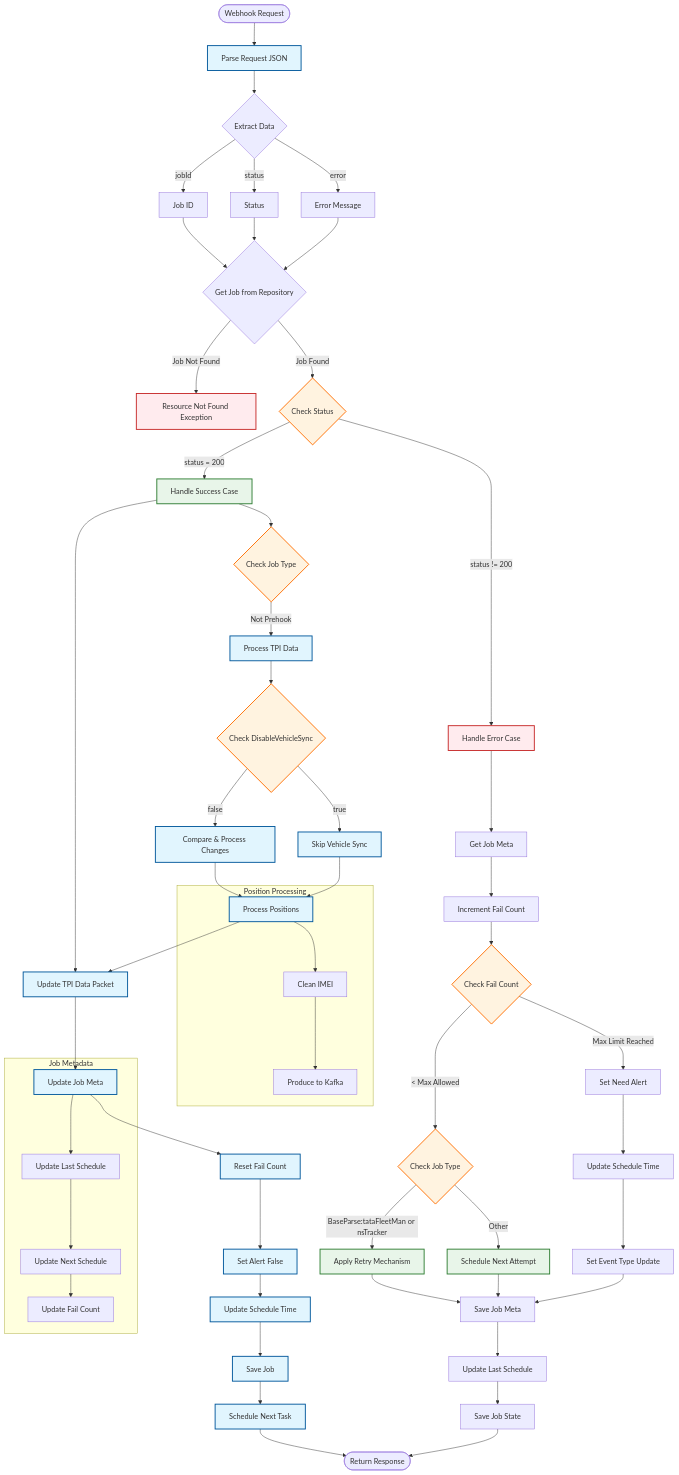
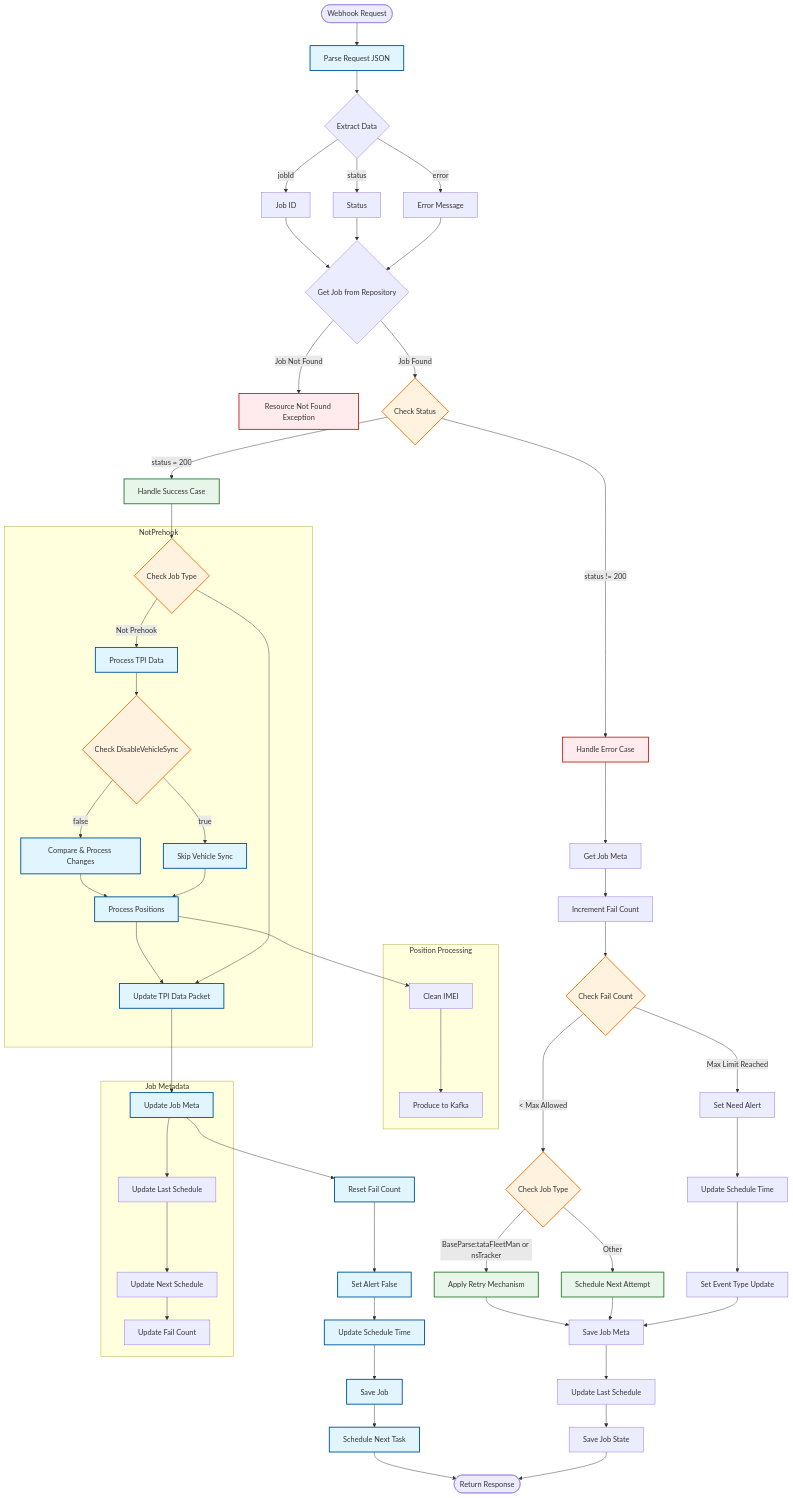
The diagram in TPI/WebhookAPI.mermaid (sahilFretron/myPush), drawn with Mermaid before and after one commit.

```diff
--- a/TPI/WebhookAPI.mermaid
+++ b/TPI/WebhookAPI.mermaid
@@ -1,77 +1,82 @@
 flowchart TD
     Start([Webhook Request]) --> A[Parse Request JSON]
     A --> B{Extract Data}
     B --> |jobId| C[Job ID]
     B --> |status| D[Status]
     B --> |error| E[Error Message]
     
     C & D & E --> F{Get Job from Repository}
     F -->|Job Not Found| G[Resource Not Found Exception]
     
     F -->|Job Found| H{Check Status}
     
     %% Success Flow
     H -->|status = 200| I[Handle Success Case]
     I --> J{Check Job Type}
+    
+    %% Subgraph if Job Type is not Prehook
+    subgraph NotPrehook
+    
     J -->|Not Prehook| K[Process TPI Data]
     
     K --> L{Check DisableVehicleSync}
     L -->|false| M[Compare & Process Changes]
     L -->|true| N[Skip Vehicle Sync]
     
     M & N --> O[Process Positions]
     O --> P[Update TPI Data Packet]
+    end
     
     %% Common Success Steps
-    I --> P
+    J --> P
     P --> Q[Update Job Meta]
     Q --> R[Reset Fail Count]
     R --> S[Set Alert False]
     S --> T[Update Schedule Time]
     T --> U[Save Job]
     U --> V[Schedule Next Task]
     
     %% Error Flow
     H -->|status != 200| W[Handle Error Case]
     W --> X[Get Job Meta]
     X --> Y[Increment Fail Count]
     
     Y --> Z{Check Fail Count}
     Z -->|< Max Allowed| AA{Check Job Type}
     AA -->|BaseParse:tataFleetMan or nsTracker| AB[Apply Retry Mechanism]
     AA -->|Other| AC[Schedule Next Attempt]
     
     Z -->|Max Limit Reached| AD[Set Need Alert]
     AD --> AE[Update Schedule Time]
     AE --> AF[Set Event Type Update]
     
     AB & AC & AF --> AG[Save Job Meta]
     AG --> AH[Update Last Schedule]
     AH --> AI[Save Job State]
     
     %% Final Steps
     V & AI --> End([Return Response])
     
     %% Subgraph for Position Processing
     subgraph Position Processing
         O --> O1[Clean IMEI]
         O1 --> O2[Produce to Kafka]
     end
     
     %% Subgraph for Job Meta Updates
     subgraph Job Metadata
         Q --> Q1[Update Last Schedule]
         Q1 --> Q2[Update Next Schedule]
         Q2 --> Q3[Update Fail Count]
     end
     
     %% Styling
     classDef process fill:#e1f5fe,stroke:#01579b,stroke-width:2px
     classDef decision fill:#fff3e0,stroke:#ff6f00,stroke-width:2px
     classDef error fill:#ffebee,stroke:#c62828,stroke-width:2px
     classDef success fill:#e8f5e9,stroke:#2e7d32,stroke-width:2px
     
     class A,K,M,N,O,P,Q,R,S,T,U,V process
     class H,J,L,Z,AA decision
     class G,W,ErrorLog error
     class I,AB,AC success
```
